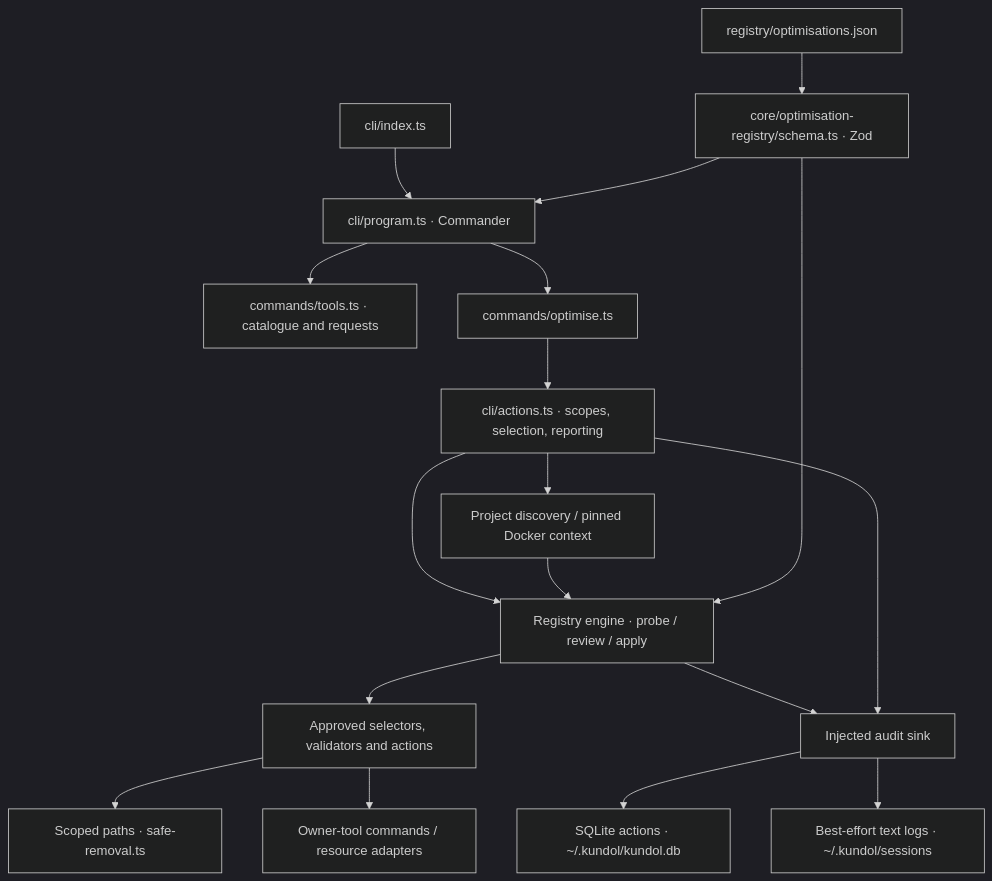
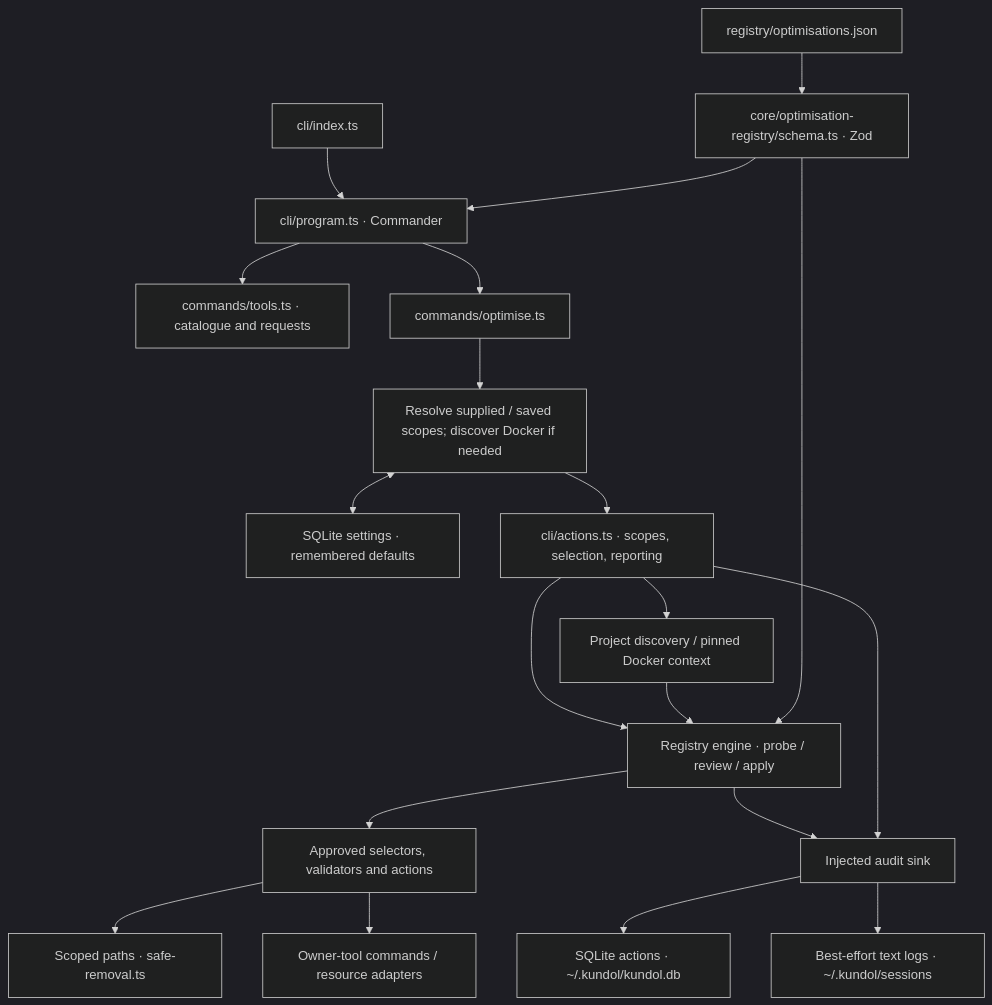
Before and after one commit to vikz91/kundol: the first of 2 diagrams in docs/architecture.md, drawn with Mermaid (dark theme). The commit also changed other lines of this file and 26 other files, not shown here.

Commit message:
feat(cli): remember project and Docker scope defaults

````diff
--- a/docs/architecture.md
+++ b/docs/architecture.md
@@ -11,20 +11,22 @@
 ```mermaid
 flowchart TD
     Entry["cli/index.ts"] --> CLI["cli/program.ts · Commander"]
     JSON["registry/optimisations.json"] --> Schema["core/optimisation-registry/schema.ts · Zod"]
     Schema --> CLI
     CLI --> Catalogue["commands/tools.ts · catalogue and requests"]
     CLI --> Routes["commands/optimise.ts"]
-    Routes --> Actions["cli/actions.ts · scopes, selection, reporting"]
+    Routes --> Defaults["Resolve supplied / saved scopes; discover Docker if needed"]
+    Defaults <--> Settings["SQLite settings · remembered defaults"]
+    Defaults --> Actions["cli/actions.ts · scopes, selection, reporting"]
     Actions --> Scope["Project discovery / pinned Docker context"]
     Actions --> Engine["Registry engine · probe / review / apply"]
     Scope --> Engine
     Schema --> Engine
     Engine --> Handlers["Approved selectors, validators and actions"]
     Handlers --> Files["Scoped paths · safe-removal.ts"]
     Handlers --> Owners["Owner-tool commands / resource adapters"]
     Engine --> Sink["Injected audit sink"]
     Actions --> Sink
     Sink --> DB["SQLite actions · ~/.kundol/kundol.db"]
     Sink --> Sessions["Best-effort text logs · ~/.kundol/sessions"]
 ```
````
